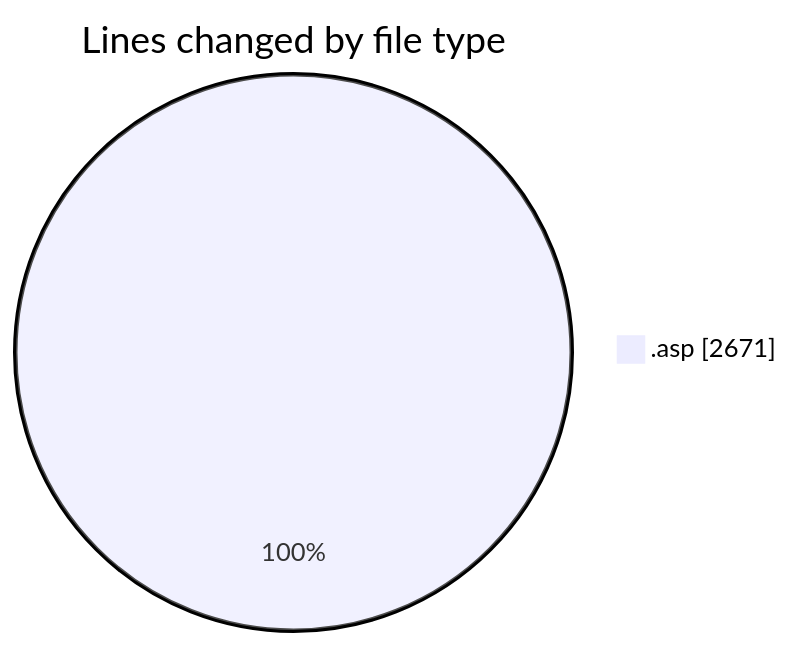
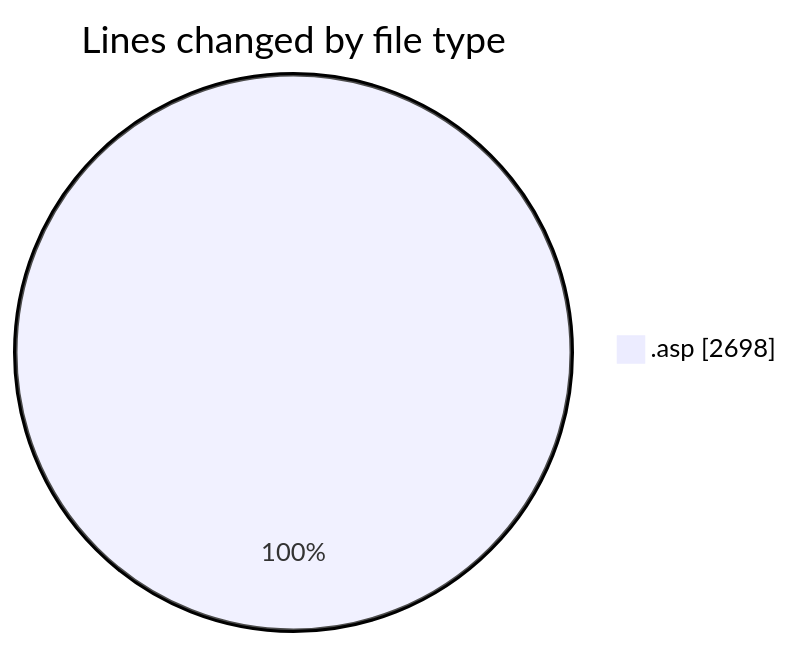
Before and after one commit to julien-gomy/code-tracking: the first of 2 diagrams in 2025-10-31/cdp_aleoudev_fr__workspace_/README.md, drawn with Mermaid. The commit also changed other lines of this file and 1 other file, not shown here.

````diff
--- a/2025-10-31/cdp_aleoudev_fr__workspace_/README.md
+++ b/2025-10-31/cdp_aleoudev_fr__workspace_/README.md
@@ -21,5 +21,5 @@
 ```mermaid
 pie showData
 title Lines changed by file type
-".asp" : 2671
+".asp" : 2698
 ```
````
